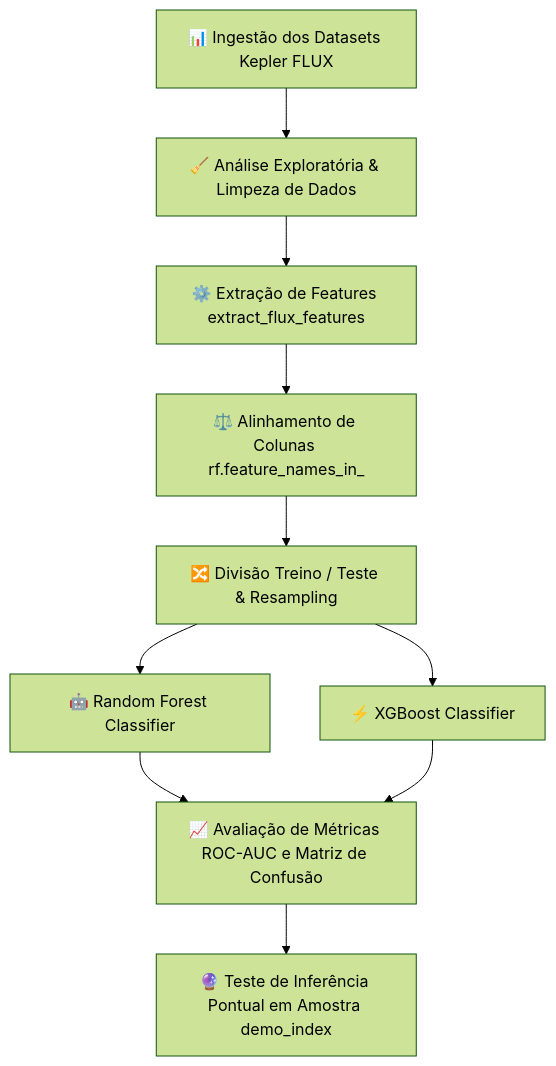
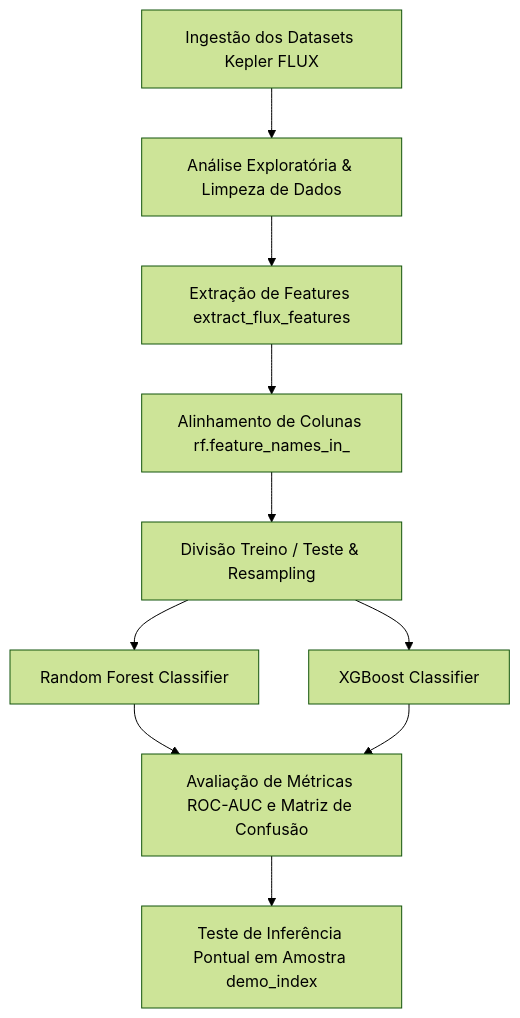
One commit to el-pitchula/ExoHunter-ML changed the diagram in README.md. Above: the diagram before and after it, drawn with Mermaid (forest theme).

````diff
--- a/README.md
+++ b/README.md
@@ -87,14 +87,14 @@
 ```mermaid
 flowchart TD
-    A[📊 Ingestão dos Datasets Kepler FLUX] --> B[🧹 Análise Exploratória & Limpeza de Dados]
-    B --> C[⚙️ Extração de Features extract_flux_features]
-    C --> D[⚖️ Alinhamento de Colunas rf.feature_names_in_]
-    D --> E[🔀 Divisão Treino / Teste & Resampling]
+    A[Ingestão dos Datasets Kepler FLUX] --> B[Análise Exploratória & Limpeza de Dados]
+    B --> C[Extração de Features extract_flux_features]
+    C --> D[Alinhamento de Colunas rf.feature_names_in_]
+    D --> E[Divisão Treino / Teste & Resampling]
     
-    E --> F1[🤖 Random Forest Classifier]
-    E --> F2[⚡ XGBoost Classifier]
+    E --> F1[Random Forest Classifier]
+    E --> F2[XGBoost Classifier]
     
-    F1 & F2 --> G[📈 Avaliação de Métricas ROC-AUC e Matriz de Confusão]
-    G --> H[🔮 Teste de Inferência Pontual em Amostra demo_index]
+    F1 & F2 --> G[Avaliação de Métricas ROC-AUC e Matriz de Confusão]
+    G --> H[Teste de Inferência Pontual em Amostra demo_index]
 
 ```
````
